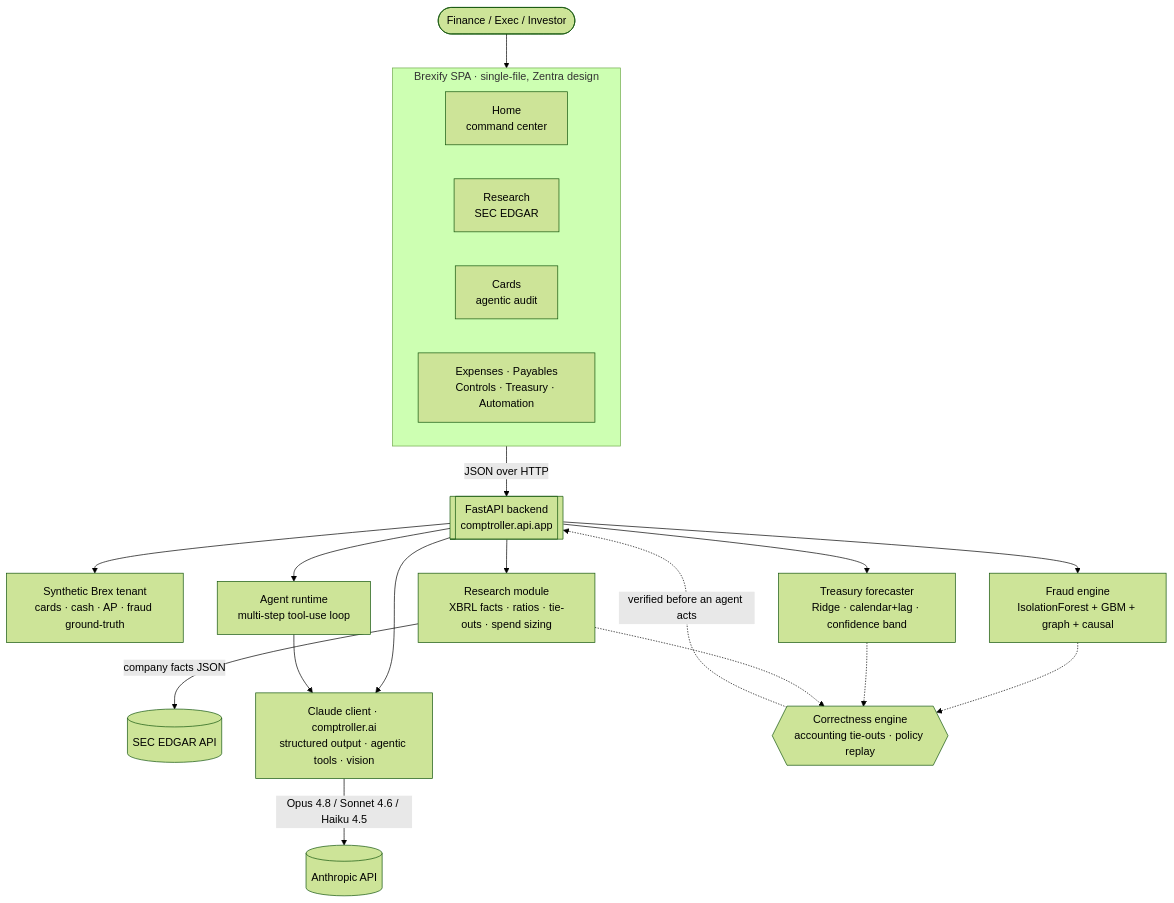
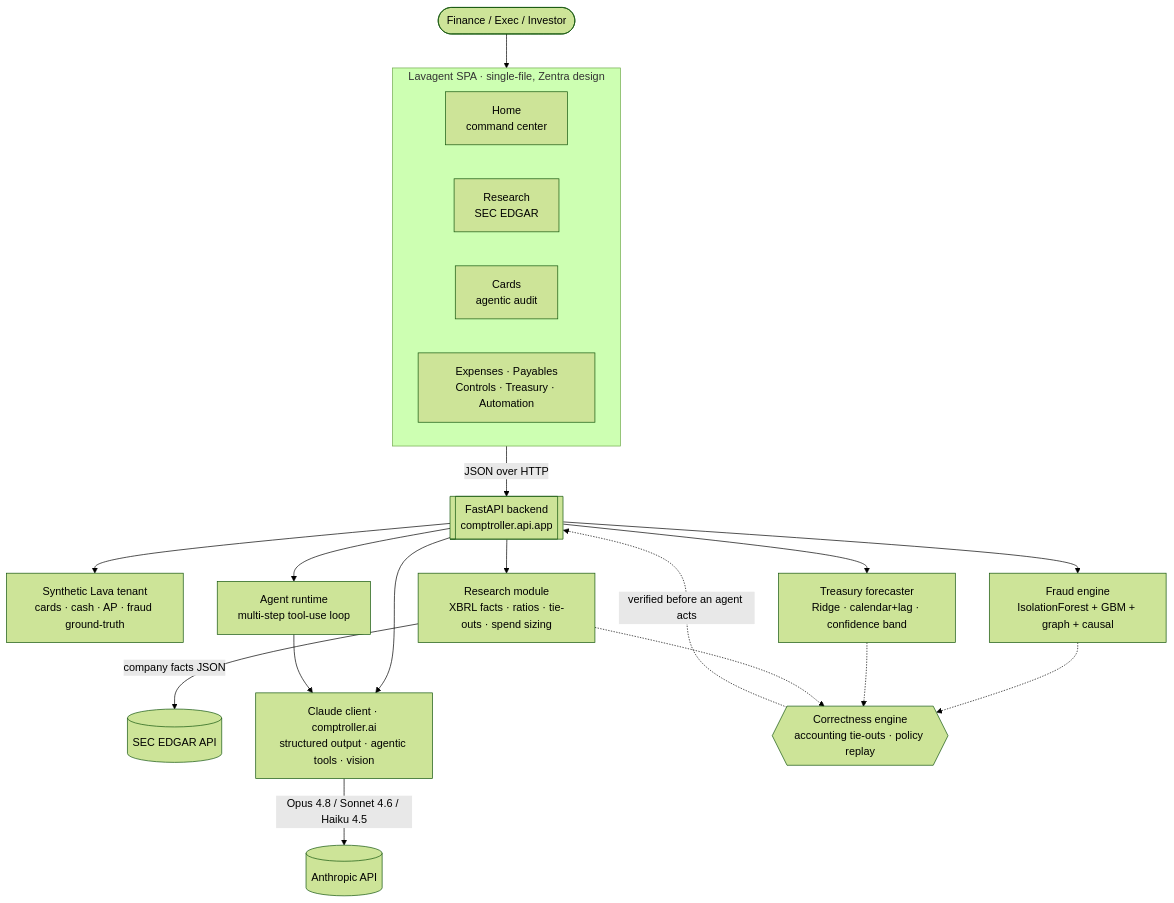
Before and after one commit to harshini2212/Lava-Gateway-LLM-Layer: the diagram in README.md, drawn with Mermaid (forest theme). The commit also changed other lines of this file and 70 other files, not shown here.

First line of the commit message:
Rebrand: Brexify -> Lavagent (app), Brex -> Lava (company)

````diff
--- a/README.md
+++ b/README.md
@@ -27,31 +27,31 @@
 ```mermaid
 flowchart TB
     User(["Finance / Exec / Investor"]) --> UI
 
-    subgraph UI["Brexify SPA · single-file, Zentra design"]
+    subgraph UI["Lavagent SPA · single-file, Zentra design"]
         direction LR
         H["Home<br/>command center"]
         R["Research<br/>SEC EDGAR"]
         C["Cards<br/>agentic audit"]
         X["Expenses · Payables<br/>Controls · Treasury · Automation"]
     end
 
     UI -->|JSON over HTTP| API[["FastAPI backend<br/>comptroller.api.app"]]
 
-    API --> DATA["Synthetic Brex tenant<br/>cards · cash · AP · fraud ground-truth"]
+    API --> DATA["Synthetic Lava tenant<br/>cards · cash · AP · fraud ground-truth"]
     API --> FRAUD["Fraud engine<br/>IsolationForest + GBM + graph + causal"]
     API --> FCAST["Treasury forecaster<br/>Ridge · calendar+lag · confidence band"]
     API --> RSRCH["Research module<br/>XBRL facts · ratios · tie-outs · spend sizing"]
     API --> AGENT["Agent runtime<br/>multi-step tool-use loop"]
 
     RSRCH -->|company facts JSON| EDGAR[("SEC EDGAR API")]
     API --> CLAUDE
     AGENT --> CLAUDE
     CLAUDE["Claude client · comptroller.ai<br/>structured output · agentic tools · vision"]
     CLAUDE -->|Opus 4.8 / Sonnet 4.6 / Haiku 4.5| ANTH[("Anthropic API")]
 
     FRAUD -.-> VERIFY{{"Correctness engine<br/>accounting tie-outs · policy replay"}}
     FCAST -.-> VERIFY
     RSRCH -.-> VERIFY
     VERIFY -.->|verified before an agent acts| API
 ```
````
